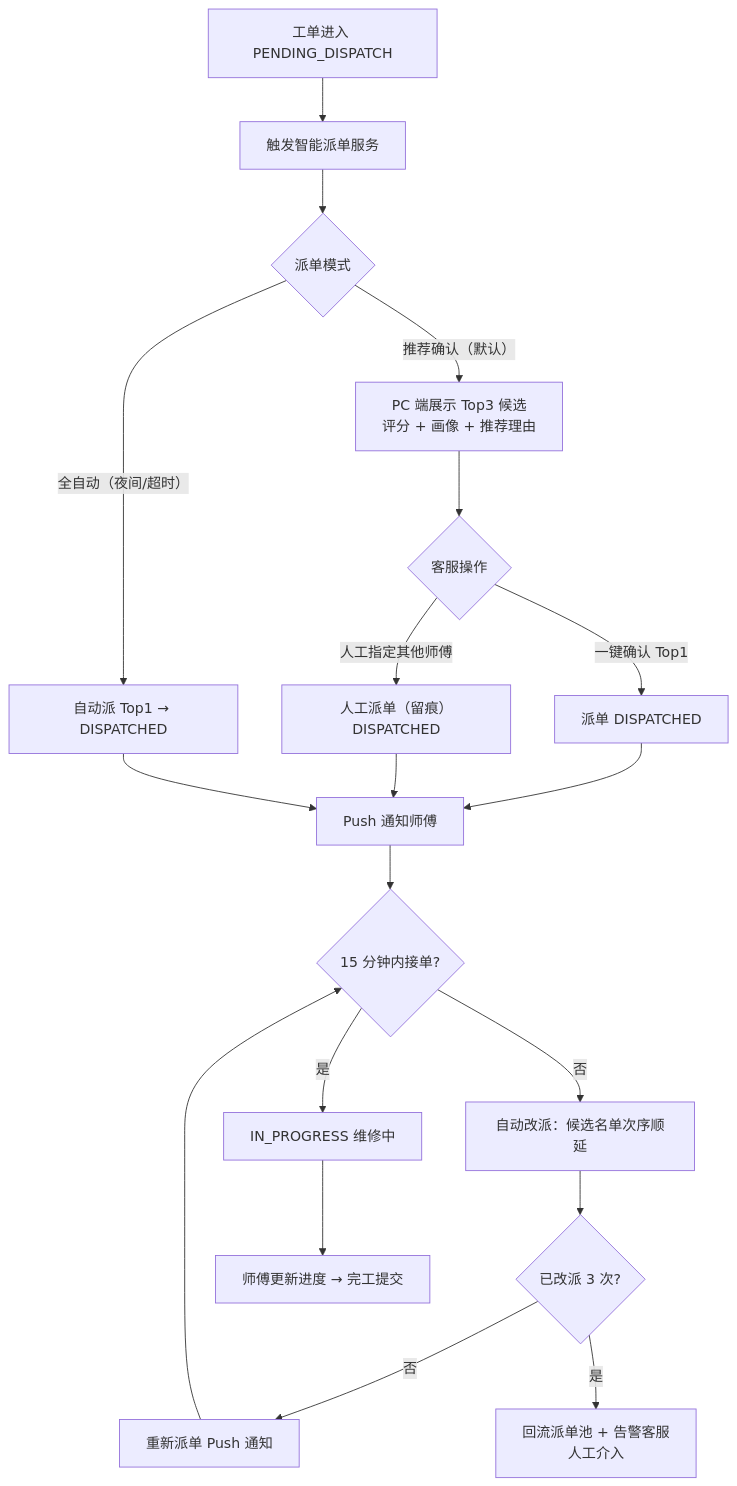
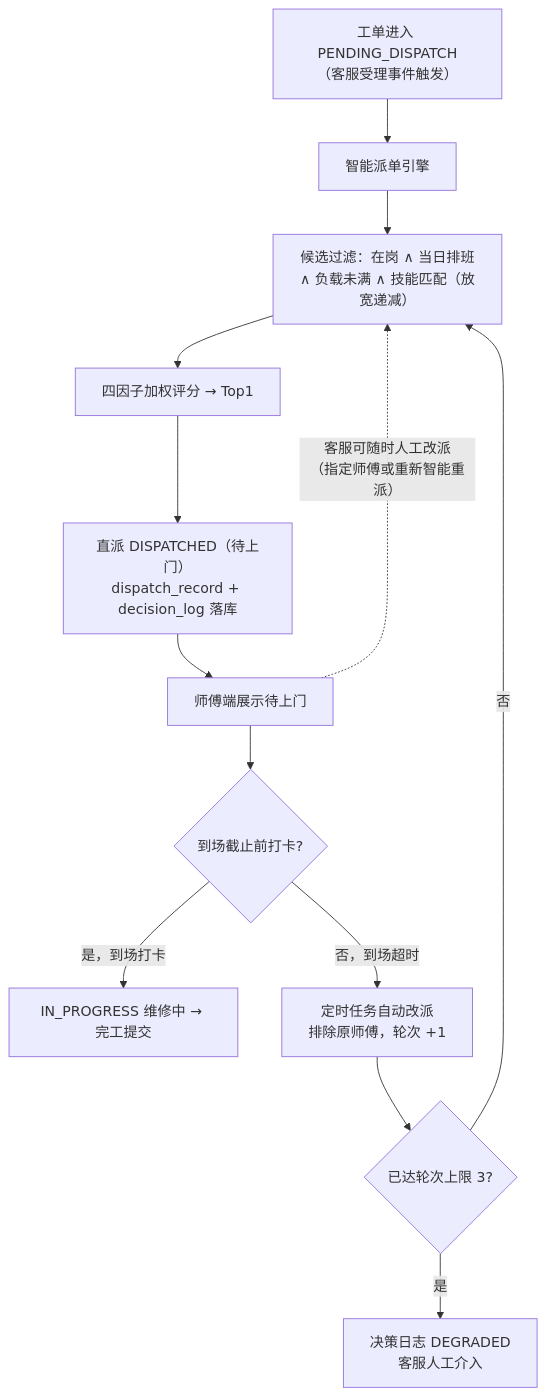
The fifth of 7 diagrams in docs/03-业务流程分析.md (Zayu2005/WarrantyPro), drawn with Mermaid before and after one commit. The commit also changed other lines of this file and 30 other files, not shown here.

````diff
--- a/docs/03-业务流程分析.md
+++ b/docs/03-业务流程分析.md
@@ -192,19 +192,15 @@
 ```mermaid
 flowchart TD
-    A["工单进入 PENDING_DISPATCH"] --> B["触发智能派单服务"]
-    B --> C{"派单模式"}
-    C -- "推荐确认（默认）" --> D["PC 端展示 Top3 候选<br/>评分 + 画像 + 推荐理由"]
-    D --> E{"客服操作"}
-    E -- "一键确认 Top1" --> F["派单 DISPATCHED"]
-    E -- "人工指定其他师傅" --> F2["人工派单（留痕）DISPATCHED"]
-    C -- "全自动（夜间/超时）" --> G["自动派 Top1 → DISPATCHED"]
-    F & F2 & G --> H["Push 通知师傅"]
-    H --> I{"15 分钟内接单?"}
-    I -- "是" --> J["IN_PROGRESS 维修中"]
-    I -- "否" --> K["自动改派：候选名单次序顺延"]
-    K --> L{"已改派 3 次?"}
-    L -- "否" --> H2["重新派单 Push 通知"]
-    H2 --> I
-    L -- "是" --> M["回流派单池 + 告警客服<br/>人工介入"]
-    J --> N["师傅更新进度 → 完工提交"]
+    A["工单进入 PENDING_DISPATCH<br/>（客服受理事件触发）"] --> B["智能派单引擎"]
+    B --> C["候选过滤：在岗 ∧ 当日排班<br/>∧ 负载未满 ∧ 技能匹配（放宽递减）"]
+    C --> D["四因子加权评分 → Top1"]
+    D --> E["直派 DISPATCHED（待上门）<br/>dispatch_record + decision_log 落库"]
+    E --> F["师傅端展示待上门"]
+    F --> G{"到场截止前打卡?"}
+    G -- "是，到场打卡" --> H["IN_PROGRESS 维修中 → 完工提交"]
+    G -- "否，到场超时" --> I["定时任务自动改派<br/>排除原师傅，轮次 +1"]
+    I --> J{"已达轮次上限 3?"}
+    J -- "否" --> C
+    J -- "是" --> K["决策日志 DEGRADED<br/>客服人工介入"]
+    F -. "客服可随时人工改派<br/>（指定师傅或重新智能重派）" .-> C
 ```
````
